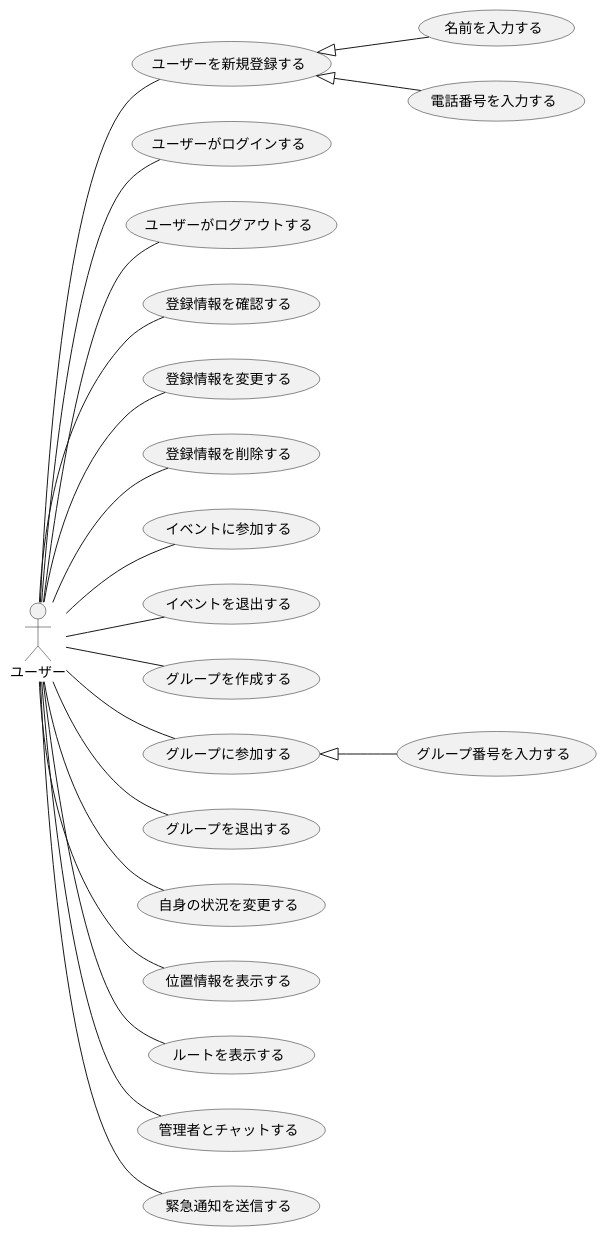
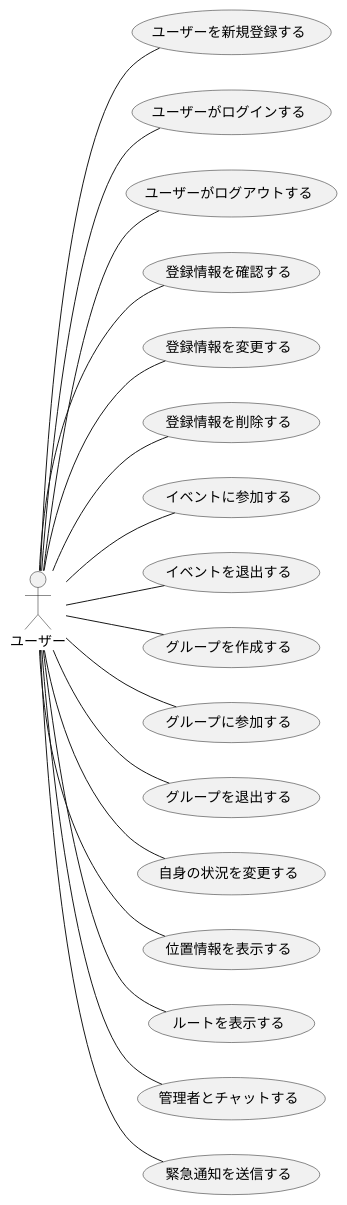
One commit to ksw2270227/GroupF changed the diagram in F_usecase_user.plantuml. Above: the diagram before and after it, drawn with PlantUML. The commit also changed 5 other files, not shown here.

```diff
--- a/F_usecase_user.plantuml
+++ b/F_usecase_user.plantuml
@@ -1,30 +1,25 @@
 @startuml ユースケース
 
 left to right direction
 actor ユーザー
 
 ユーザー -- (ユーザーを新規登録する)
 ユーザー -- (ユーザーがログインする)
 ユーザー -- (ユーザーがログアウトする)
 ユーザー -- (登録情報を確認する)
 ユーザー -- (登録情報を変更する)
 ユーザー -- (登録情報を削除する)
 ユーザー -- (イベントに参加する)
 ユーザー -- (イベントを退出する)
 ユーザー -- (グループを作成する)
 ユーザー -- (グループに参加する)
 ユーザー -- (グループを退出する)
 ユーザー -- (自身の状況を変更する)
 ユーザー -- (位置情報を表示する)
 ユーザー -- (ルートを表示する)
 ユーザー -- (管理者とチャットする)
 ユーザー -- (緊急通知を送信する)
 
 
 
-(ユーザーを新規登録する) <|-- (名前を入力する)
-(ユーザーを新規登録する) <|-- (電話番号を入力する)
-
-(グループに参加する) <|-- (グループ番号を入力する)
-
 @enduml
```
